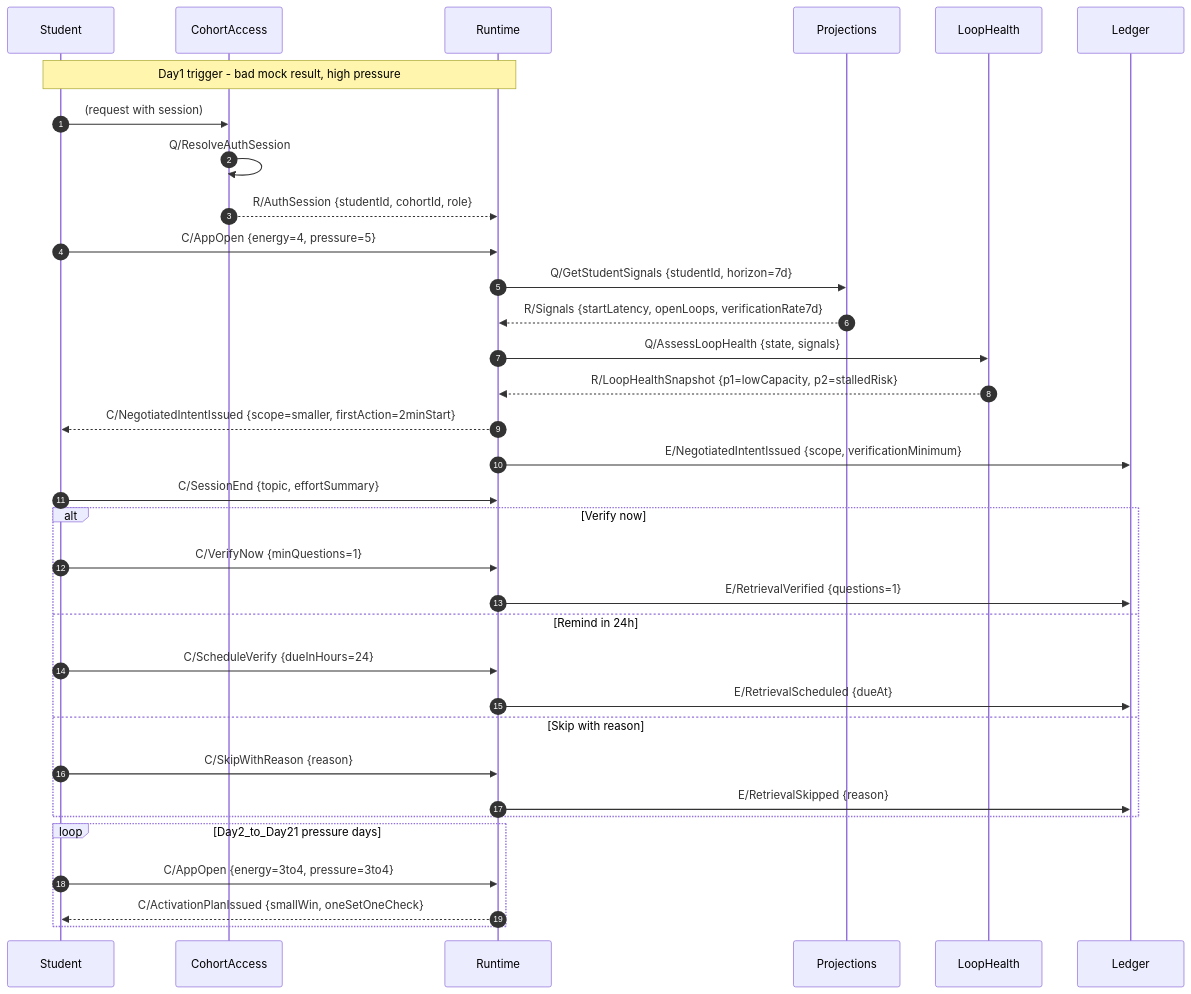
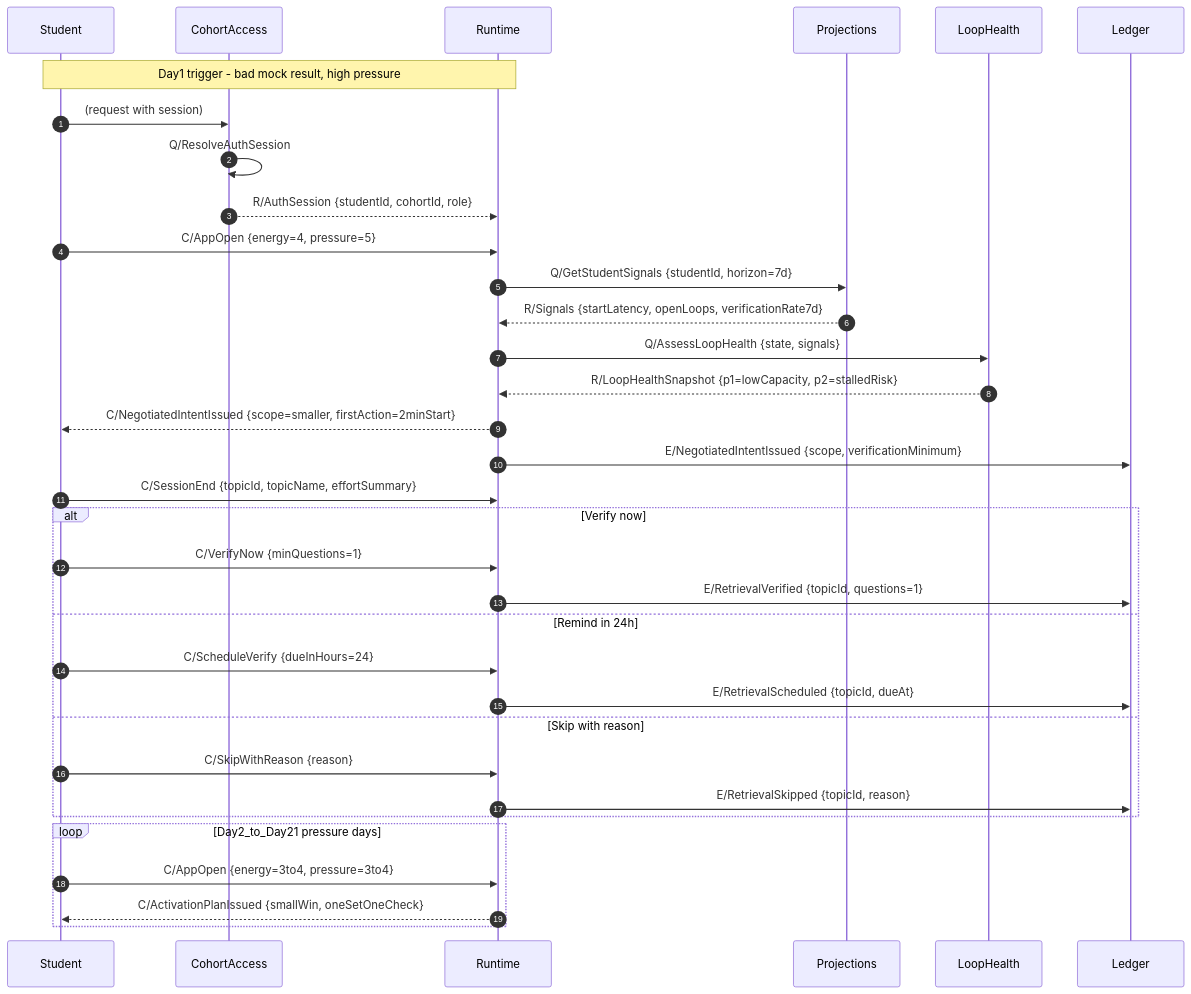
Before and after one commit to Mukul1312/ELI: the second of 4 diagrams in docs/engineering-ddd-design/05-domain-message-flows-storyboards.md, drawn with Mermaid. The commit also changed other lines of this file and 38 other files, not shown here.

````diff
--- a/docs/engineering-ddd-design/05-domain-message-flows-storyboards.md
+++ b/docs/engineering-ddd-design/05-domain-message-flows-storyboards.md
@@ -40,39 +90,39 @@
 ```mermaid
 sequenceDiagram
     autonumber
     participant Student
     participant CohortAccess
     participant Runtime
     participant Projections
     participant LoopHealth
     participant Ledger
 
     Note over Student,Runtime: Day1 trigger - bad mock result, high pressure
     Student->>CohortAccess: (request with session)
     CohortAccess->>CohortAccess: Q/ResolveAuthSession
     CohortAccess-->>Runtime: R/AuthSession {studentId, cohortId, role}
     Student->>Runtime: C/AppOpen {energy=4, pressure=5}
     Runtime->>Projections: Q/GetStudentSignals {studentId, horizon=7d}
     Projections-->>Runtime: R/Signals {startLatency, openLoops, verificationRate7d}
     Runtime->>LoopHealth: Q/AssessLoopHealth {state, signals}
     LoopHealth-->>Runtime: R/LoopHealthSnapshot {p1=lowCapacity, p2=stalledRisk}
     Runtime-->>Student: C/NegotiatedIntentIssued {scope=smaller, firstAction=2minStart}
     Runtime->>Ledger: E/NegotiatedIntentIssued {scope, verificationMinimum}
 
-    Student->>Runtime: C/SessionEnd {topic, effortSummary}
+    Student->>Runtime: C/SessionEnd {topicId, topicName, effortSummary}
     alt Verify now
         Student->>Runtime: C/VerifyNow {minQuestions=1}
-        Runtime->>Ledger: E/RetrievalVerified {questions=1}
+        Runtime->>Ledger: E/RetrievalVerified {topicId, questions=1}
     else Remind in 24h
         Student->>Runtime: C/ScheduleVerify {dueInHours=24}
-        Runtime->>Ledger: E/RetrievalScheduled {dueAt}
+        Runtime->>Ledger: E/RetrievalScheduled {topicId, dueAt}
     else Skip with reason
         Student->>Runtime: C/SkipWithReason {reason}
-        Runtime->>Ledger: E/RetrievalSkipped {reason}
+        Runtime->>Ledger: E/RetrievalSkipped {topicId, reason}
     end
 
     loop Day2_to_Day21 pressure days
         Student->>Runtime: C/AppOpen {energy=3to4, pressure=3to4}
         Runtime-->>Student: C/ActivationPlanIssued {smallWin, oneSetOneCheck}
     end
 ```
````
